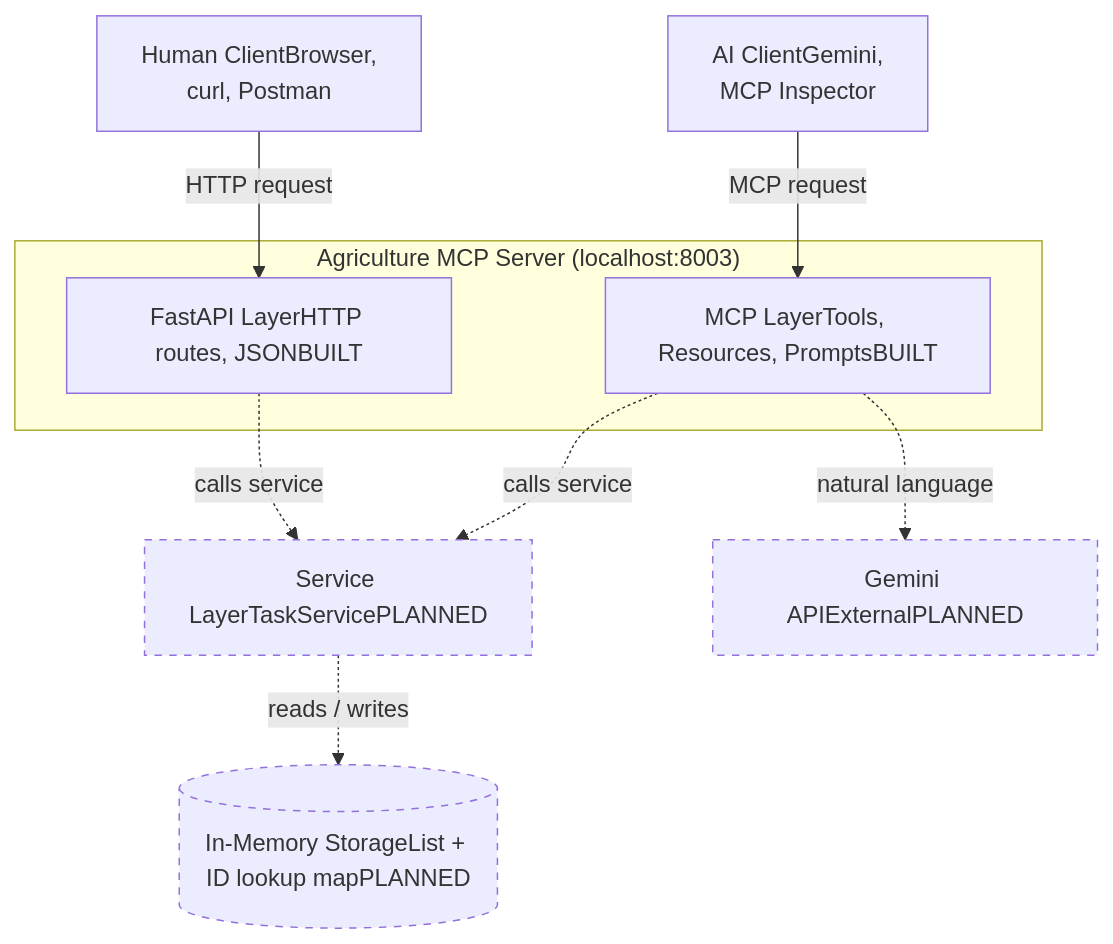
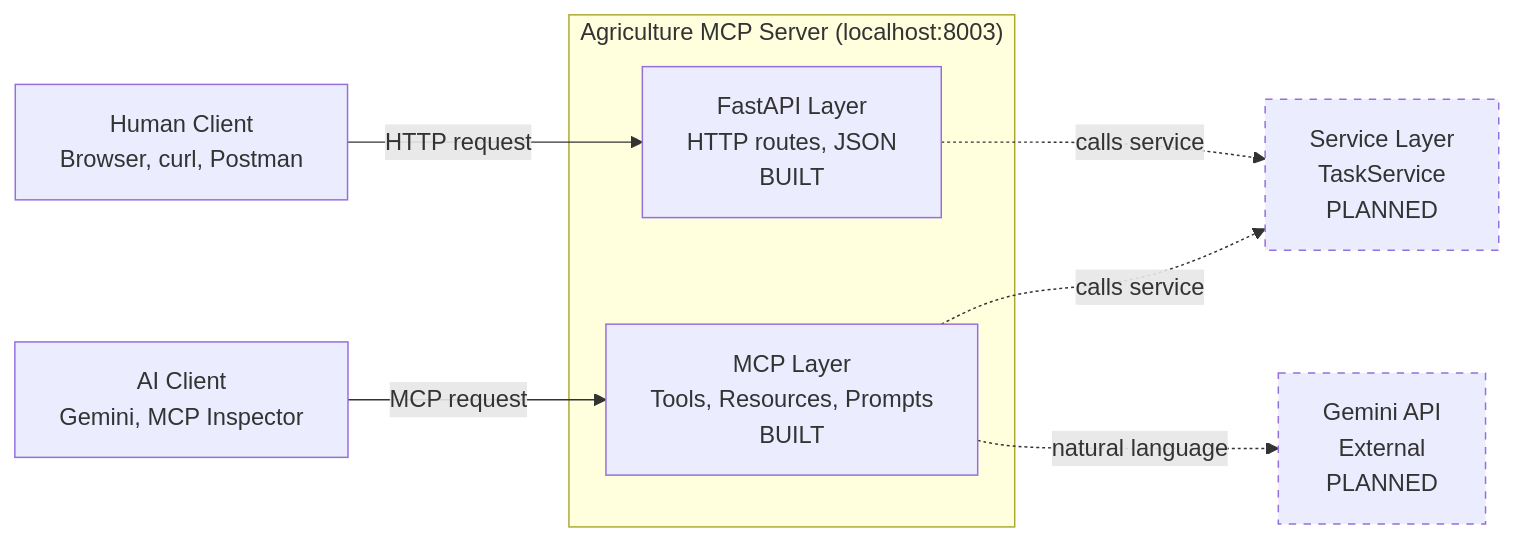
Before and after one commit to Davidvisualstudio007/ipos-open-source-2026S1: the diagram in app/docs/architecture.md, drawn with Mermaid. The commit also changed 1 other file, not shown here.

Commit message:
fix: removed the storage from the diagram, changed orientation

````diff
--- a/app/docs/architecture.md
+++ b/app/docs/architecture.md
@@ -7,27 +7,23 @@
 ```mermaid
-graph TD
-    HumanClient["Human ClientBrowser,<br/> curl, Postman"]
-    AIClient["AI ClientGemini,<br/>MCP Inspector"]
-    Gemini["Gemini APIExternalPLANNED"]
+graph LR
+    HumanClient["Human Client<br/>Browser, curl, Postman"]
+    AIClient["AI Client<br/>Gemini, MCP Inspector"]
+    Gemini["Gemini API<br/>External<br/>PLANNED"]
 
     subgraph AgServer ["Agriculture MCP Server (localhost:8003)"]
-        FastAPI["FastAPI LayerHTTP routes, JSONBUILT"]
-        MCP["MCP LayerTools, Resources, PromptsBUILT"]
+        FastAPI["FastAPI Layer<br/>HTTP routes, JSON<br/>BUILT"]
+        MCP["MCP Layer<br/>Tools, Resources, Prompts<br/>BUILT"]
     end
 
-    Service["Service LayerTaskServicePLANNED"]
-    Storage[("In-Memory StorageList + ID lookup mapPLANNED")]
+    Service["Service Layer<br/>TaskService<br/>PLANNED"]
 
     HumanClient -->|HTTP request| FastAPI
     AIClient -->|MCP request| MCP
 
     FastAPI -.->|calls service| Service
     MCP -.->|calls service| Service
     MCP -.->|natural language| Gemini
 
-    Service -.->|reads / writes| Storage
-
     style Service stroke-dasharray: 5 5
-    style Storage stroke-dasharray: 5 5
     style Gemini stroke-dasharray: 5 5
 ```
````
